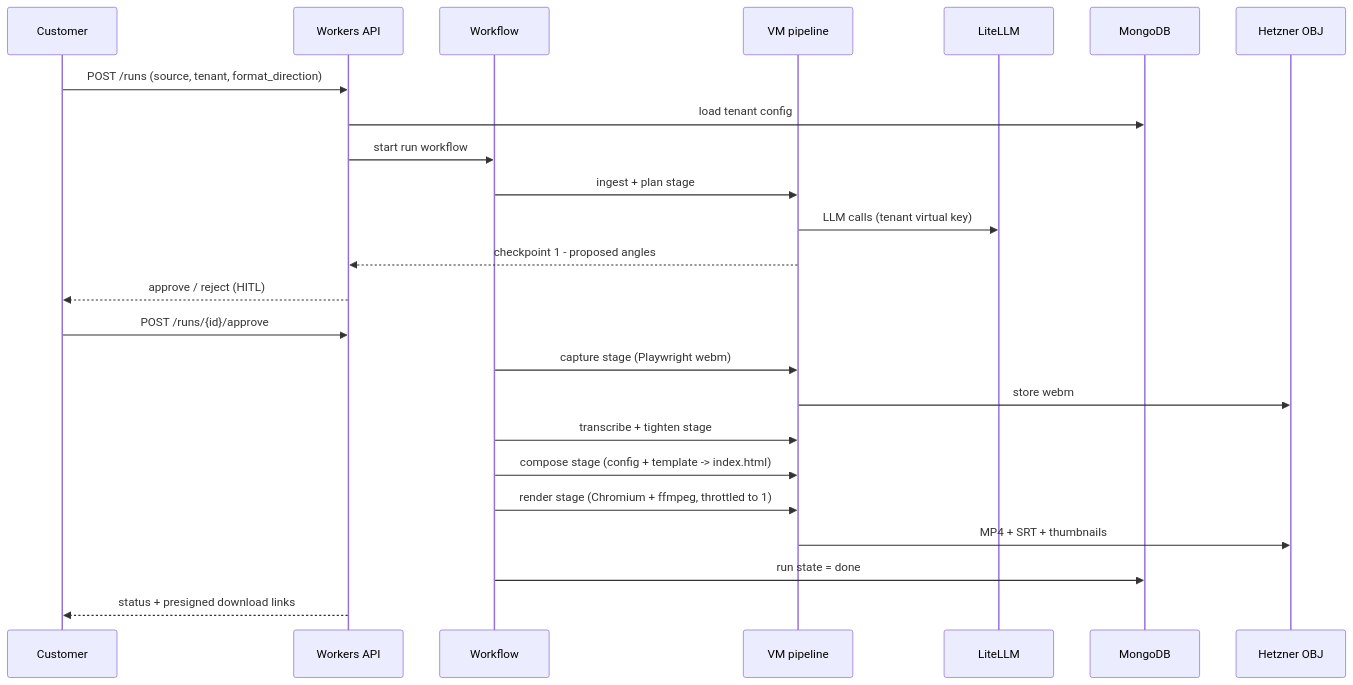
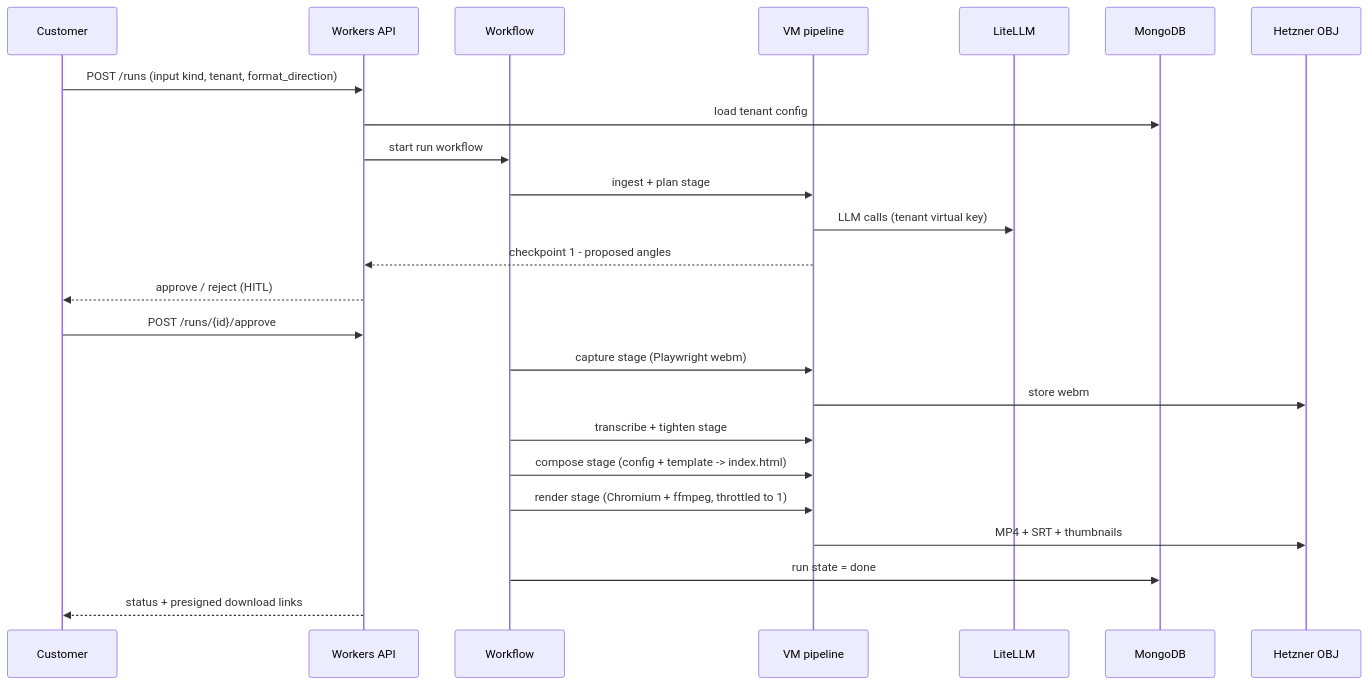
The fifth of 7 diagrams in .qwen/architecture/architecture.md (noah-sheldon/contentforge), drawn with Mermaid before and after one commit. The commit also changed other lines of this file and 3 other files, not shown here.

````diff
--- a/.qwen/architecture/architecture.md
+++ b/.qwen/architecture/architecture.md
@@ -266,26 +274,26 @@
 ```mermaid
 sequenceDiagram
     participant C as Customer
     participant A as Workers API
     participant F as Workflow
     participant V as VM pipeline
     participant L as LiteLLM
     participant D as MongoDB
     participant O as Hetzner OBJ
-    C->>A: POST /runs (source, tenant, format_direction)
+    C->>A: POST /runs (input kind, tenant, format_direction)
     A->>D: load tenant config
     A->>F: start run workflow
     F->>V: ingest + plan stage
     V->>L: LLM calls (tenant virtual key)
     V-->>A: checkpoint 1 - proposed angles
     A-->>C: approve / reject (HITL)
     C->>A: POST /runs/{id}/approve
     F->>V: capture stage (Playwright webm)
     V->>O: store webm
     F->>V: transcribe + tighten stage
     F->>V: compose stage (config + template -> index.html)
     F->>V: render stage (Chromium + ffmpeg, throttled to 1)
     V->>O: MP4 + SRT + thumbnails
     F->>D: run state = done
     A-->>C: status + presigned download links
 ```
````
